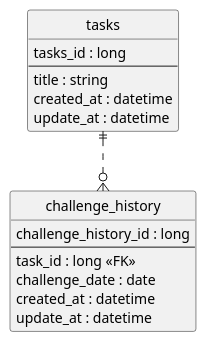
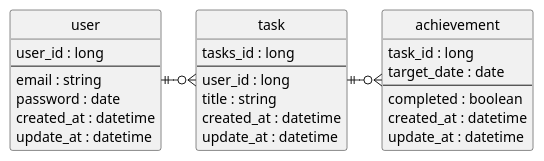
Before and after one commit to tpodman172/uzomuzo: the diagram in infra/tsk2.pu, drawn with PlantUML. The commit also changed 17 other files, not shown here.

```diff
--- a/infra/tsk2.pu
+++ b/infra/tsk2.pu
@@ -1,28 +1,39 @@
 @startuml
 
 ' hide the spot
 hide circle
 
 ' avoid problems with angled crows feet
 skinparam linetype ortho
 
-entity "tasks" as e01 {
+entity "task" as e01 {
   tasks_id : long
   --
+  user_id : long
   title : string 
   created_at : datetime
   update_at : datetime 
 }
 
-entity "challenge_history" as e02 {
-  challenge_history_id : long
+entity "achievement" as e02 {
+  task_id : long
+  target_date : date
   --
-  task_id : long <<FK>>
-  challenge_date : date
+  completed : boolean
+  created_at : datetime
+  update_at : datetime
+}
+
+entity "user" as e03 {
+  user_id : long
+  --
+  email : string
+  password : date
   created_at : datetime
   update_at : datetime 
 }
 
-e01 ||..o{ e02
+e01 ||-o{ e02
+e03 ||-o{ e01
 
 @enduml
```
